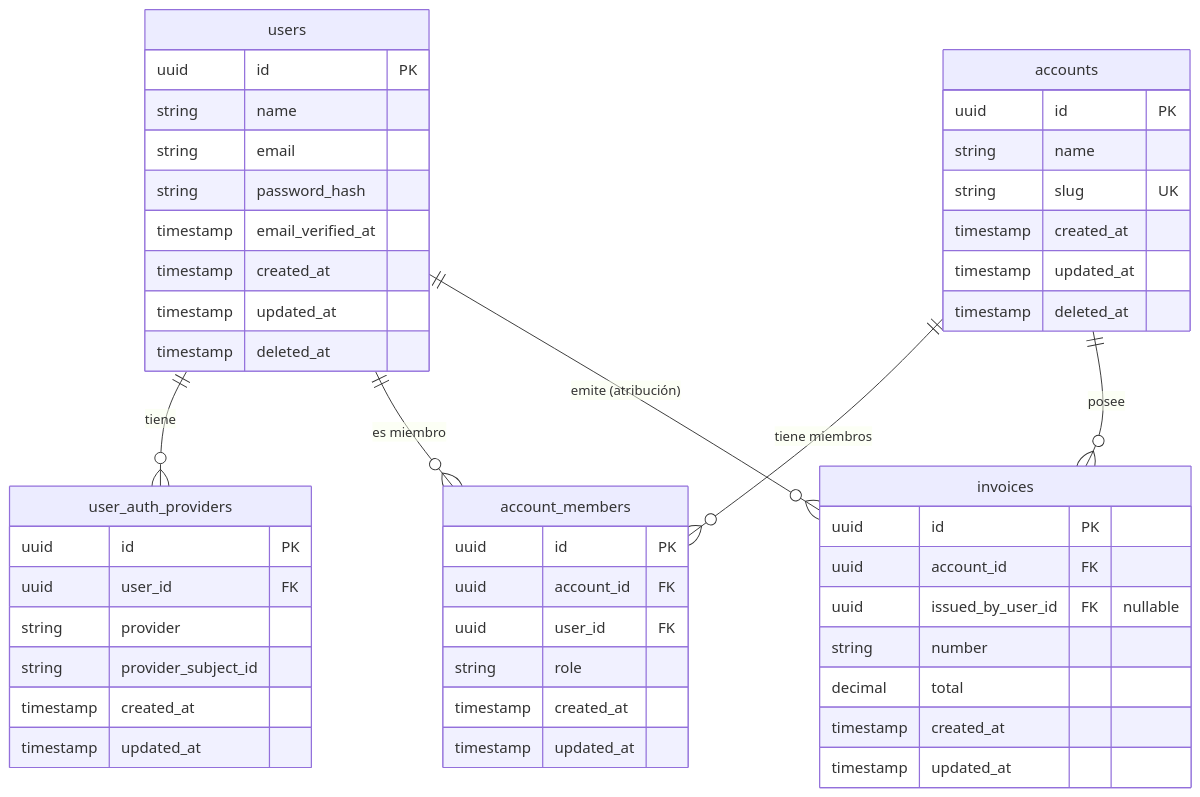
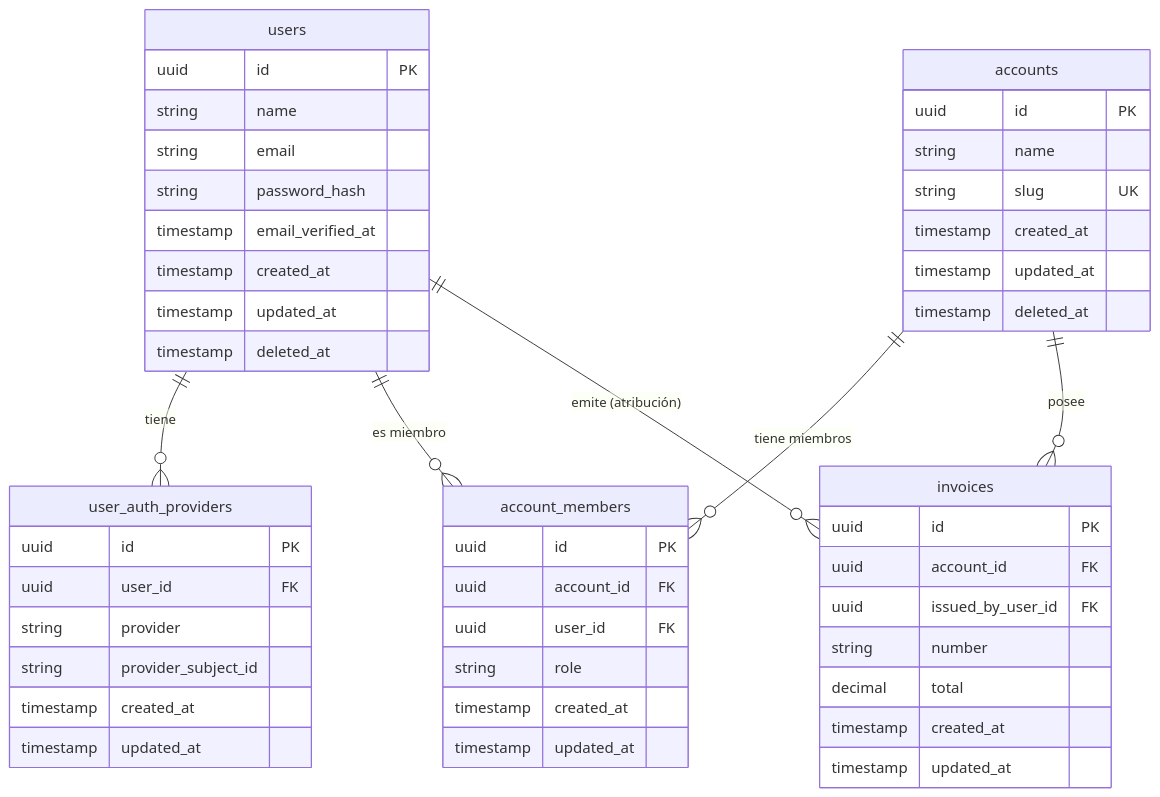
One commit to cloudflax/api.cloudflax changed the second of 2 diagrams in docs/ACCOUNTS_AND_DATA_OWNERSHIP.md. Above: the diagram before and after it, drawn with Mermaid. The commit also changed other lines of this file, not shown here.

Commit message:
Clarify user authentication provider details in accounts and data ownership documentation
- Updated the description of the `UserAuthProvider` entity to specify that the `provider` attribute is an enum, enhancing clarity on supported authentication methods.
- Removed the "nullable" annotation from the `issued_by_user_id` field in the invoices schema for consistency in documentation.

````diff
--- a/docs/ACCOUNTS_AND_DATA_OWNERSHIP.md
+++ b/docs/ACCOUNTS_AND_DATA_OWNERSHIP.md
@@ -111,56 +111,56 @@
 ```mermaid
 erDiagram
     users ||--o{ user_auth_providers : "tiene"
     users ||--o{ account_members : "es miembro"
     accounts ||--o{ account_members : "tiene miembros"
     accounts ||--o{ invoices : "posee"
     users ||--o{ invoices : "emite (atribución)"
 
     users {
         uuid id PK
         string name
         string email
         string password_hash
         timestamp email_verified_at
         timestamp created_at
         timestamp updated_at
         timestamp deleted_at
     }
 
     user_auth_providers {
         uuid id PK
         uuid user_id FK
         string provider
         string provider_subject_id
         timestamp created_at
         timestamp updated_at
     }
 
     accounts {
         uuid id PK
         string name
         string slug UK
         timestamp created_at
         timestamp updated_at
         timestamp deleted_at
     }
 
     account_members {
         uuid id PK
         uuid account_id FK
         uuid user_id FK
         string role
         timestamp created_at
         timestamp updated_at
     }
 
     invoices {
         uuid id PK
         uuid account_id FK
-        uuid issued_by_user_id FK "nullable"
+        uuid issued_by_user_id FK
         string number
         decimal total
         timestamp created_at
         timestamp updated_at
     }
 ```
````
